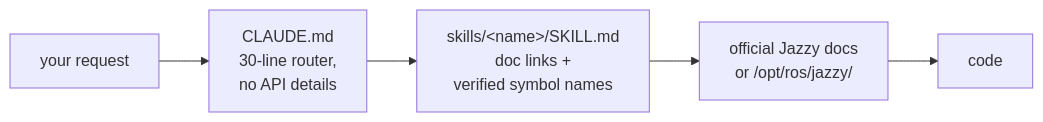
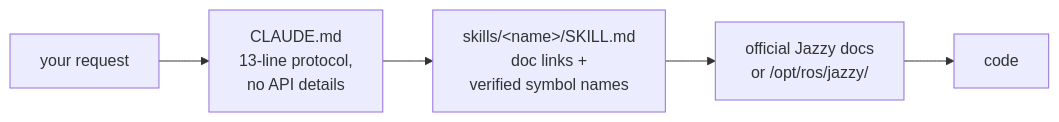
Before and after one commit to Leehyunbin0131/claude-ros2-skills: the diagram in README.md, drawn with Mermaid. The commit also changed other lines of this file and 27 other files, not shown here.

````diff
--- a/README.md
+++ b/README.md
@@ -143,7 +143,7 @@
 ```mermaid
 flowchart LR
-    A["your request"] --> B["CLAUDE.md<br/>30-line router,<br/>no API details"]
+    A["your request"] --> B["CLAUDE.md<br/>13-line protocol,<br/>no API details"]
     B --> C["skills/&lt;name&gt;/SKILL.md<br/>doc links +<br/>verified symbol names"]
     C --> D["official Jazzy docs<br/>or /opt/ros/jazzy/"]
     D --> E["code"]
 ```
````
